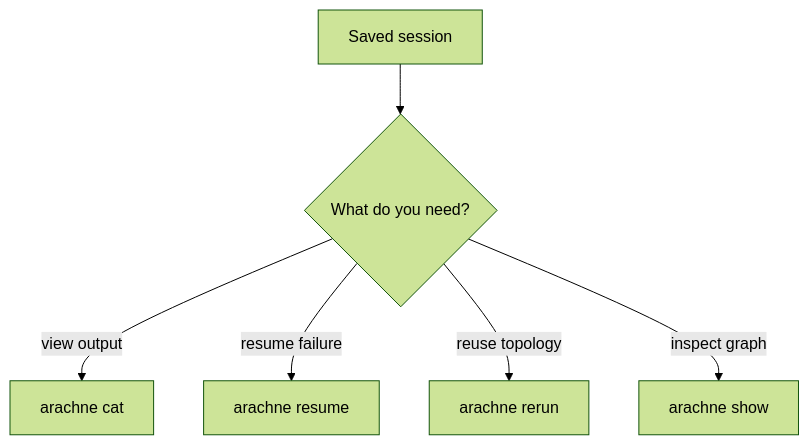
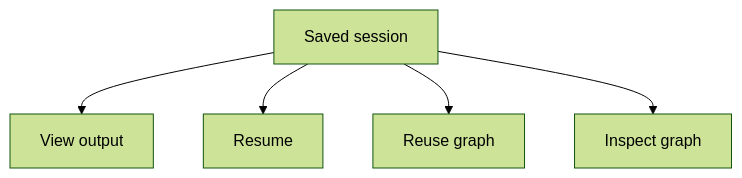
Before and after one commit to Strategic-Automation/arachne: the fourth of 4 diagrams in docs/tutorials/getting-started.md, drawn with Mermaid (forest theme). The commit also changed other lines of this file and 2 other files, not shown here.

Commit message:
docs: simplify Mermaid diagrams for GitHub rendering

````diff
--- a/docs/tutorials/getting-started.md
+++ b/docs/tutorials/getting-started.md
@@ -150,8 +154,12 @@
 ```mermaid
-flowchart TD
-    Session[Saved session] --> Decision{What do you need?}
-    Decision -->|view output| Cat[arachne cat]
-    Decision -->|resume failure| Resume[arachne resume]
-    Decision -->|reuse topology| Rerun[arachne rerun]
-    Decision -->|inspect graph| Show[arachne show]
+graph TD
+    A[Saved session]
+    B[View output]
+    C[Resume]
+    D[Reuse graph]
+    E[Inspect graph]
+    A --> B
+    A --> C
+    A --> D
+    A --> E
 ```
````
